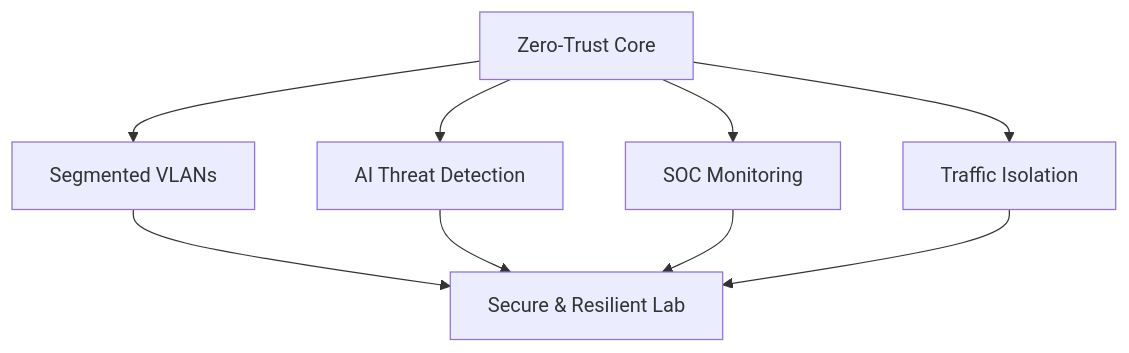
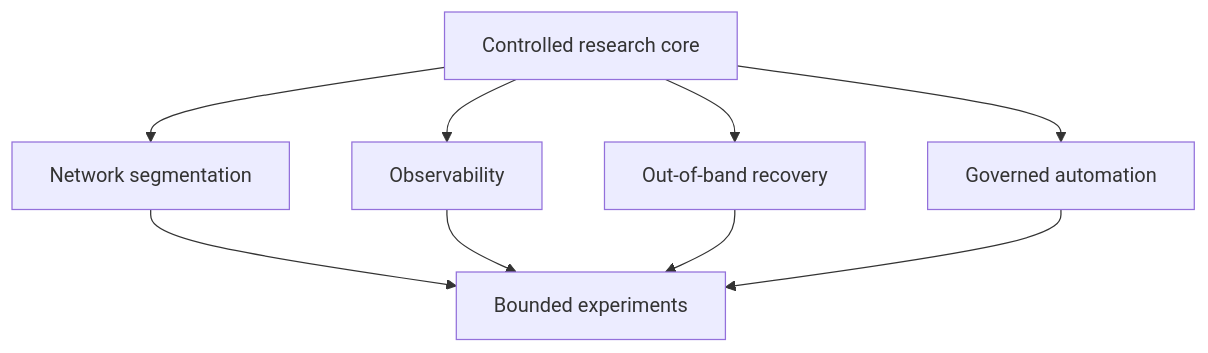
The third of 3 diagrams in README.md (FlorianStuettgen/EvoSec), drawn with Mermaid before and after one commit. The commit also changed other lines of this file, not shown here.

````diff
--- a/README.md
+++ b/README.md
@@ -80,12 +91,11 @@
 ```mermaid
-graph TD
-    Core[Zero-Trust Core] --> VLAN[Segmented VLANs]
-    Core --> AI[AI Threat Detection]
-    Core --> SOC[SOC Monitoring]
-    Core --> Isolation[Traffic Isolation]
-
-    VLAN --> Outcome[Secure & Resilient Lab]
-    AI --> Outcome
-    SOC --> Outcome
-    Isolation --> Outcome
+flowchart TD
+    CORE[Controlled research core] --> SEG[Network segmentation]
+    CORE --> OBS[Observability]
+    CORE --> OOB[Out-of-band recovery]
+    CORE --> AUTO[Governed automation]
+    SEG --> SAFE[Bounded experiments]
+    OBS --> SAFE
+    OOB --> SAFE
+    AUTO --> SAFE
 ```
````
